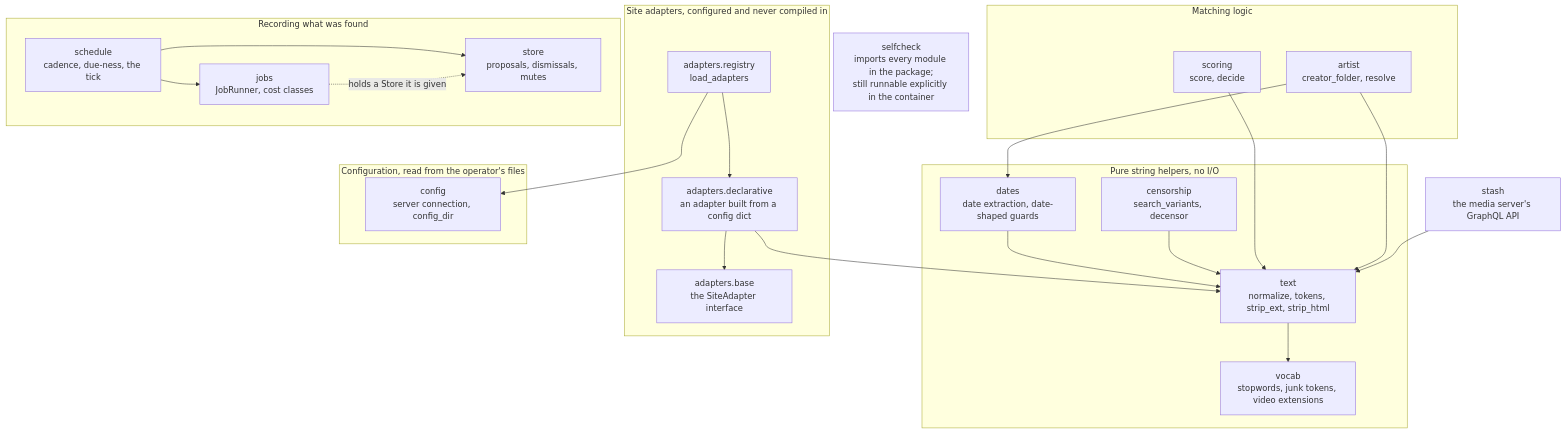
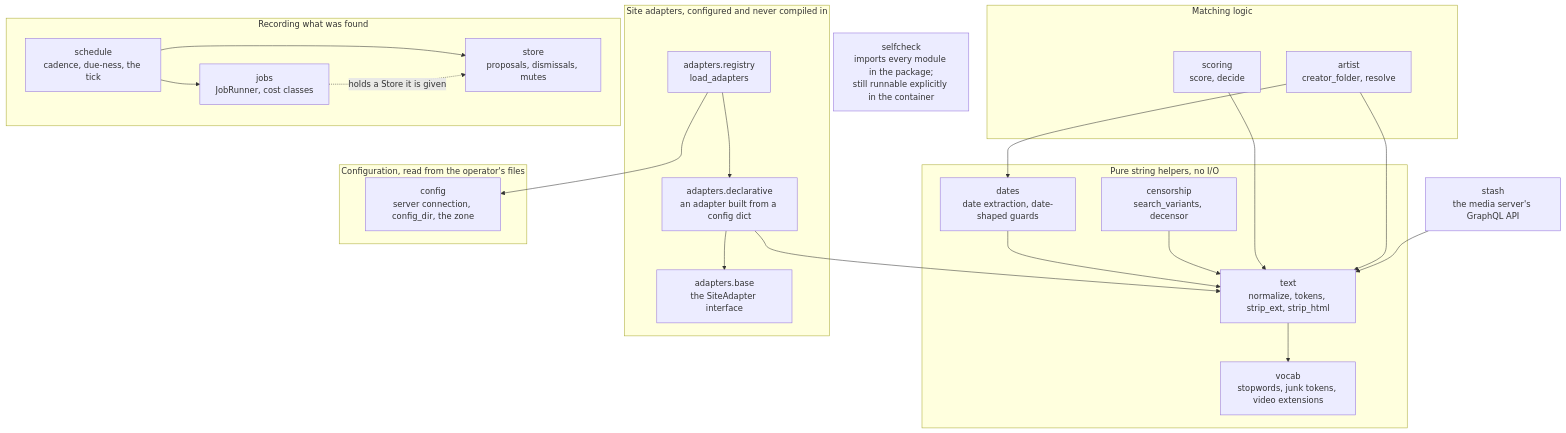
The diagram in README.md (cabinetworks/cronicled), drawn with Mermaid before and after one commit. The commit also changed other lines of this file and 17 other files, not shown here.

````diff
--- a/README.md
+++ b/README.md
@@ -151,49 +184,49 @@
 ```mermaid
 flowchart TD
     subgraph pure["Pure string helpers, no I/O"]
         vocab["vocab<br/>stopwords, junk tokens, video extensions"]
         text["text<br/>normalize, tokens, strip_ext, strip_html"]
         dates["dates<br/>date extraction, date-shaped guards"]
         censorship["censorship<br/>search_variants, decensor"]
     end
 
     subgraph matching["Matching logic"]
         scoring["scoring<br/>score, decide"]
         artist["artist<br/>creator_folder, resolve"]
     end
 
     subgraph adapters["Site adapters, configured and never compiled in"]
         base["adapters.base<br/>the SiteAdapter interface"]
         declarative["adapters.declarative<br/>an adapter built from a config dict"]
         registry["adapters.registry<br/>load_adapters"]
     end
 
     subgraph configuration["Configuration, read from the operator's files"]
-        config["config<br/>server connection, config_dir"]
+        config["config<br/>server connection, config_dir, the zone"]
     end
 
     stash["stash<br/>the media server's GraphQL API"]
 
     subgraph recording["Recording what was found"]
         store["store<br/>proposals, dismissals, mutes"]
         jobs["jobs<br/>JobRunner, cost classes"]
         schedule["schedule<br/>cadence, due-ness, the tick"]
     end
 
     selfcheck["selfcheck<br/>imports every module in the package;<br/>still runnable explicitly in the container"]
 
     text --> vocab
     dates --> text
     censorship --> text
     scoring --> text
     artist --> text
     artist --> dates
     declarative --> base
     declarative --> text
     registry --> declarative
     registry --> config
     schedule --> jobs
     schedule --> store
     stash --> text
     jobs -. "holds a Store it is given" .-> store
 ```
````
